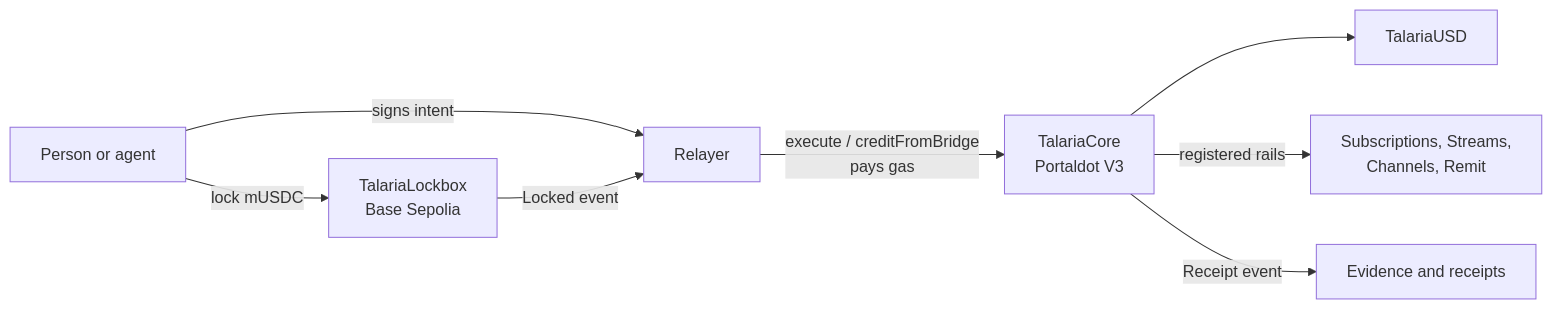
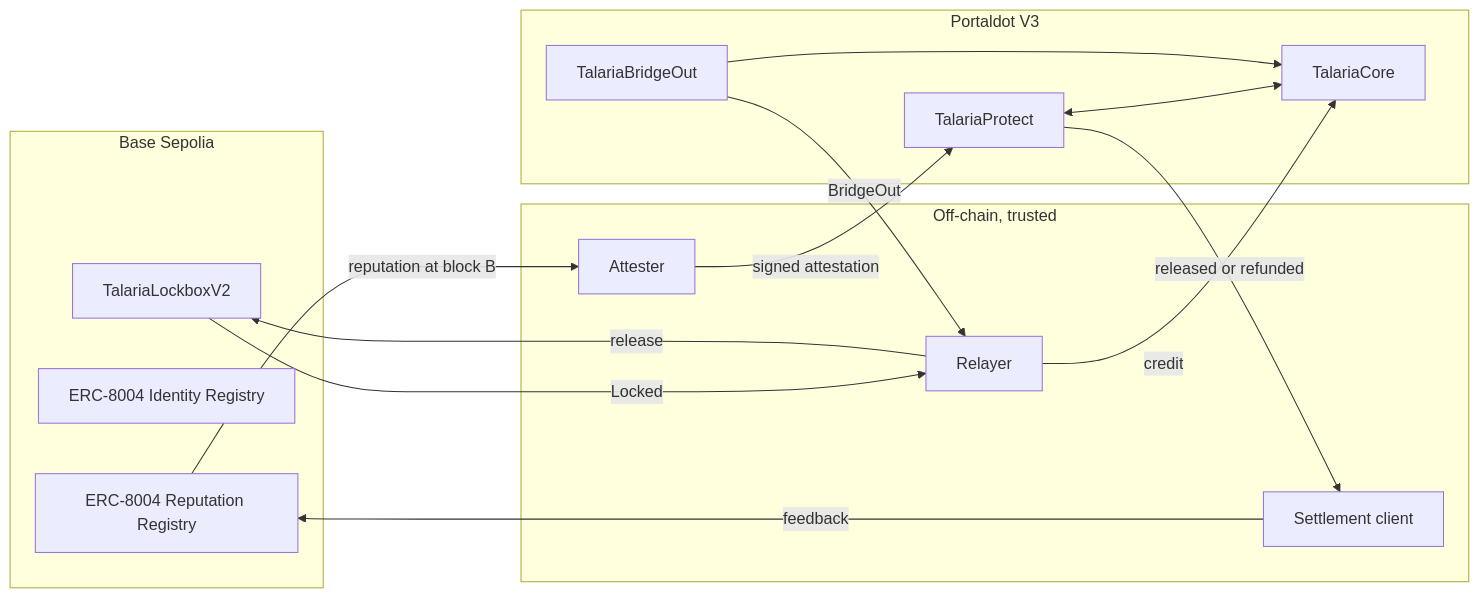
Before and after one commit to Stella112/Talaria: the diagram in README.md, drawn with Mermaid. The commit also changed other lines of this file and 7 other files, not shown here.

````diff
--- a/README.md
+++ b/README.md
@@ -45,10 +28,28 @@
 ```mermaid
 flowchart LR
-  P[Person or agent] -->|signs intent| R[Relayer]
-  P -->|lock mUSDC| L[TalariaLockbox<br/>Base Sepolia]
-  L -->|Locked event| R
-  R -->|execute / creditFromBridge<br/>pays gas| C[TalariaCore<br/>Portaldot V3]
-  C --> T[TalariaUSD]
-  C -->|registered rails| M[Subscriptions, Streams,<br/>Channels, Remit]
-  C -->|Receipt event| E[Evidence and receipts]
+  subgraph Base[Base Sepolia]
+    R[ERC-8004 Reputation Registry]
+    I[ERC-8004 Identity Registry]
+    L[TalariaLockboxV2]
+  end
+  subgraph Off[Off-chain, trusted]
+    A[Attester]
+    S[Settlement client]
+    B[Relayer]
+  end
+  subgraph P[Portaldot V3]
+    TP[TalariaProtect]
+    C[TalariaCore]
+    O[TalariaBridgeOut]
+  end
+  R -- reputation at block B --> A
+  A -- signed attestation --> TP
+  TP -- released or refunded --> S
+  S -- feedback --> R
+  L -- Locked --> B
+  B -- credit --> C
+  O -- BridgeOut --> B
+  B -- release --> L
+  TP <--> C
+  O --> C
 ```
````
